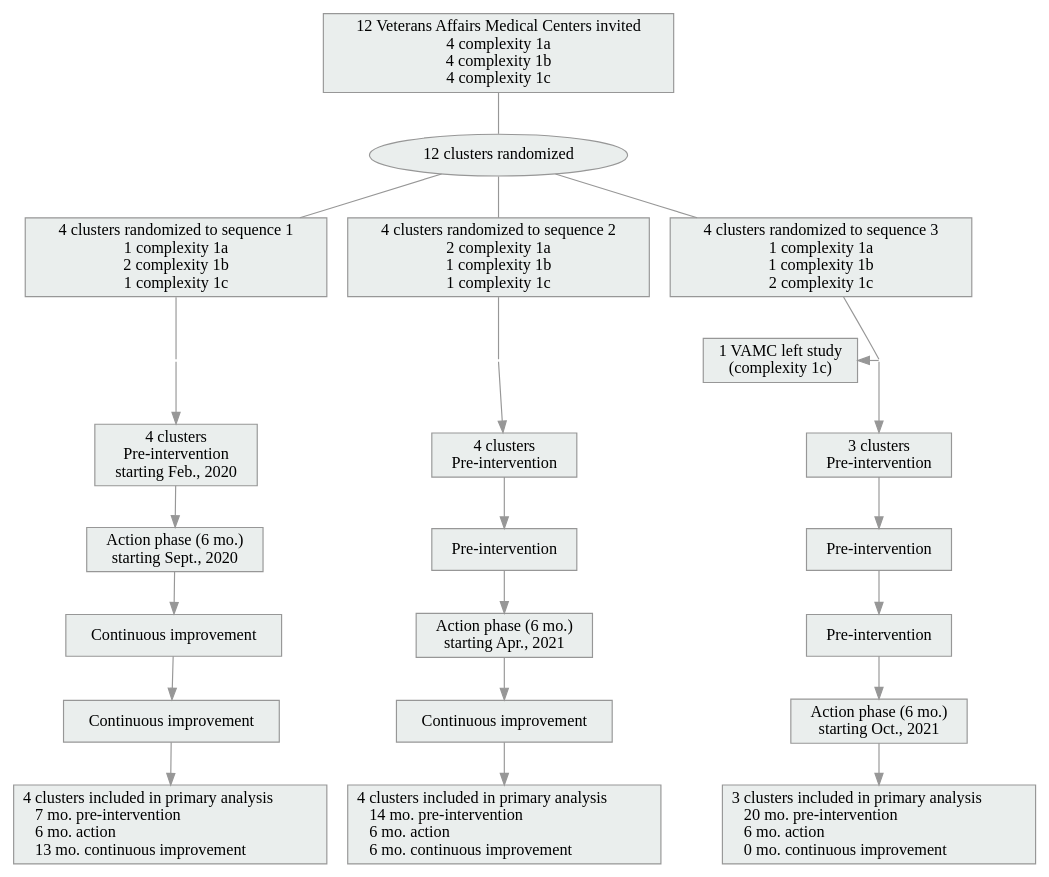
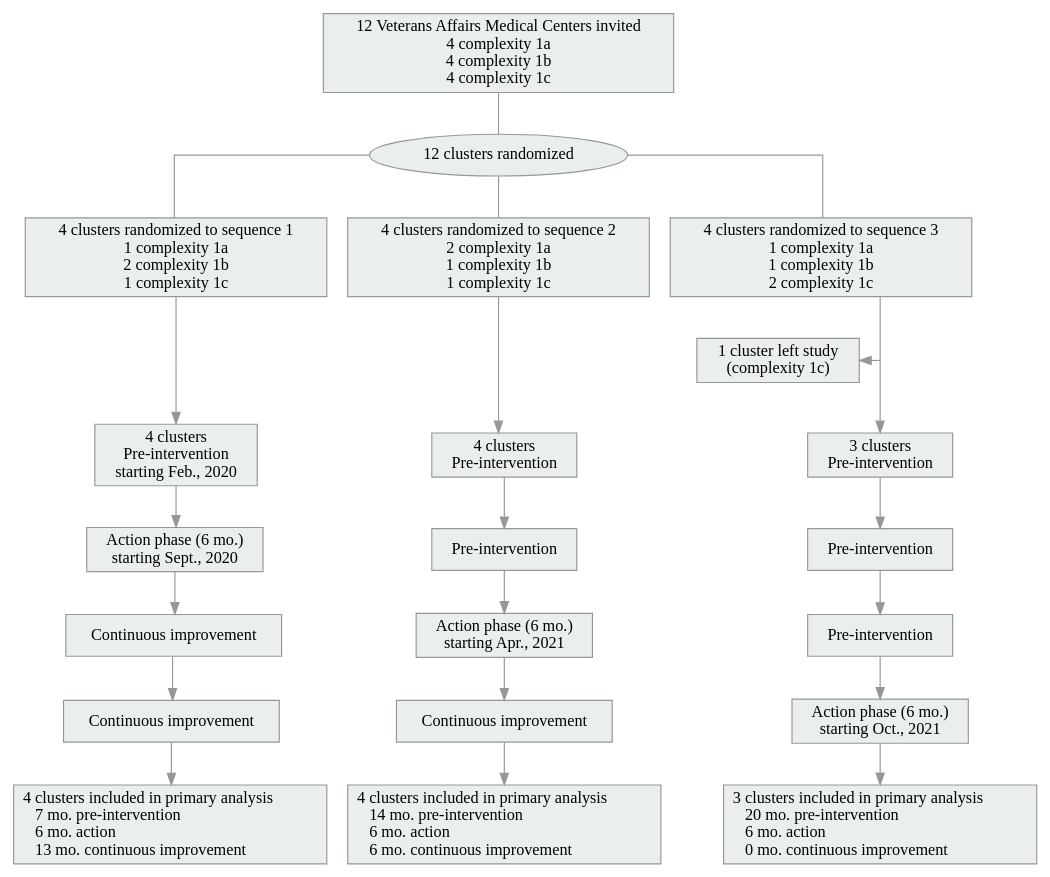
The diagram in advanced/consort-like.dot (zimolzak/instruct-project-etrigger-sql), drawn with Graphviz before and after one commit.

Commit message:
splines=ortho looks nice

```diff
--- a/advanced/consort-like.dot
+++ b/advanced/consort-like.dot
@@ -1,98 +1,99 @@
 digraph  {
 
+splines=ortho
 node [style=filled, fillcolor="#EAEEED", fontname="Trebuchet MS", color="#979797", shape=rectangle]
 edge [color="#979797"]
 
 
 
 
 # Top nodes
 
 root [label="12 Veterans Affairs Medical Centers invited\n4 complexity 1a\n4 complexity 1b\n4 complexity 1c\n",
      style=filled, fillcolor="#EAEEED"];
 
 randomize [label="12 clusters randomized", shape=ellipse];
 
 c1 [label="4 clusters randomized to sequence 1\n1 complexity 1a\n2 complexity 1b\n1 complexity 1c"]
 c2 [label="4 clusters randomized to sequence 2\n2 complexity 1a\n1 complexity 1b\n1 complexity 1c"];
 c3 [label="4 clusters randomized to sequence 3\n1 complexity 1a\n1 complexity 1b\n2 complexity 1c"];
 
 
 
 
 # Edges
 
 root -> randomize [arrowhead="none"];
 randomize -> c1 [arrowhead="none"];
 randomize -> c2 [arrowhead="none"];
 randomize -> c3 [arrowhead="none"];
 
 
 
 
 # Bottom nodes
 
-dropout [label="1 VAMC left study\n(complexity 1c)"];  # Order matters!
+dropout [label="1 cluster left study\n(complexity 1c)"];  # Order matters!
 
 # Invisible point nodes
 
 n1 [fixedsize = true,
 			height = 0,
 			shape = point,
 			style = invis,
 			shape = point];
 n2 [fixedsize = true,
 			height = 0,
 			shape = point,
 			style = invis,
 			shape = point];
 n3 [fixedsize = true,
 			height = 0,
 			shape = point,
 			style = invis,
 			shape = point];
 
 
 
 
 # Main nodes
 
 pre1 [label="4 clusters\nPre-intervention\nstarting Feb., 2020\n"]
 pre2 [label="4 clusters\nPre-intervention"]
 pre3 [label="3 clusters\nPre-intervention"]
 
 a1 [label="Action phase (6 mo.)\nstarting Sept., 2020"];
 a2 [label="Pre-intervention"];
 a3 [label="Pre-intervention"]
 
 apr1 [label="Continuous improvement"]
 apr2 [label="Action phase (6 mo.)\nstarting Apr., 2021"]
 apr3 [label="Pre-intervention"]
 
 oct1 [label="Continuous improvement"]
 oct2 [label="Continuous improvement"]
 oct3 [label="Action phase (6 mo.)\nstarting Oct., 2021"]
 
 ana1 [label="4 clusters included in primary analysis\l    7 mo. pre-intervention\l    6 mo. action\l    13 mo. continuous improvement\l"]
 ana2 [label="4 clusters included in primary analysis\l    14 mo. pre-intervention\l    6 mo. action\l    6 mo. continuous improvement\l"]
 ana3 [label="3 clusters included in primary analysis\l    20 mo. pre-intervention\l    6 mo. action\l    0 mo. continuous improvement\l"]
 
 
 
 # Bottom Edges
 
 c1 -> n1 [arrowhead = "none"];
 c2 -> n2 [arrowhead = "none"];
 c3 -> n3 [arrowhead = "none"];
 
 n1 -> pre1 -> a1 -> apr1 -> oct1 -> ana1;
 n2 -> pre2 -> a2 -> apr2 -> oct2 -> ana2;
 n3 -> pre3 -> a3 -> apr3 -> oct3 -> ana3;
 
 c3 -> dropout [style = invis];  # ad hoc
 n3 -> dropout [constraint = false];
 dropout -> a3 [style = invis, constraint = false];  # ad hoc
 
 # }
 
 }
```
